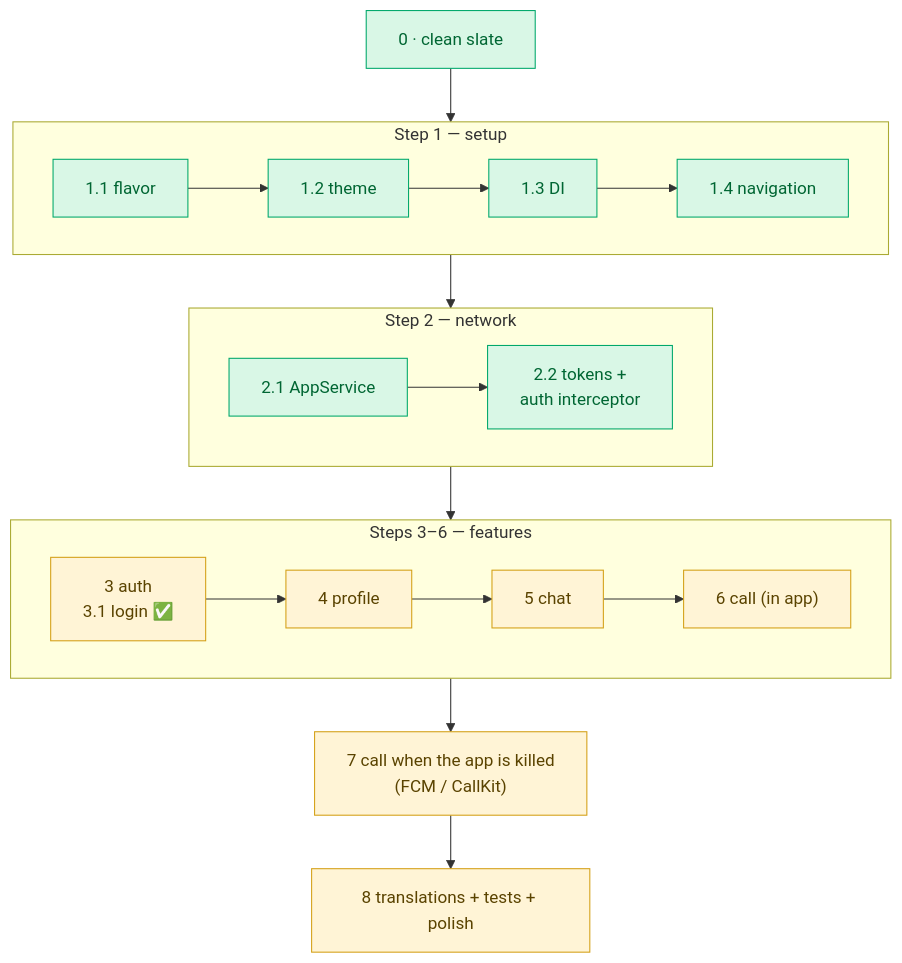
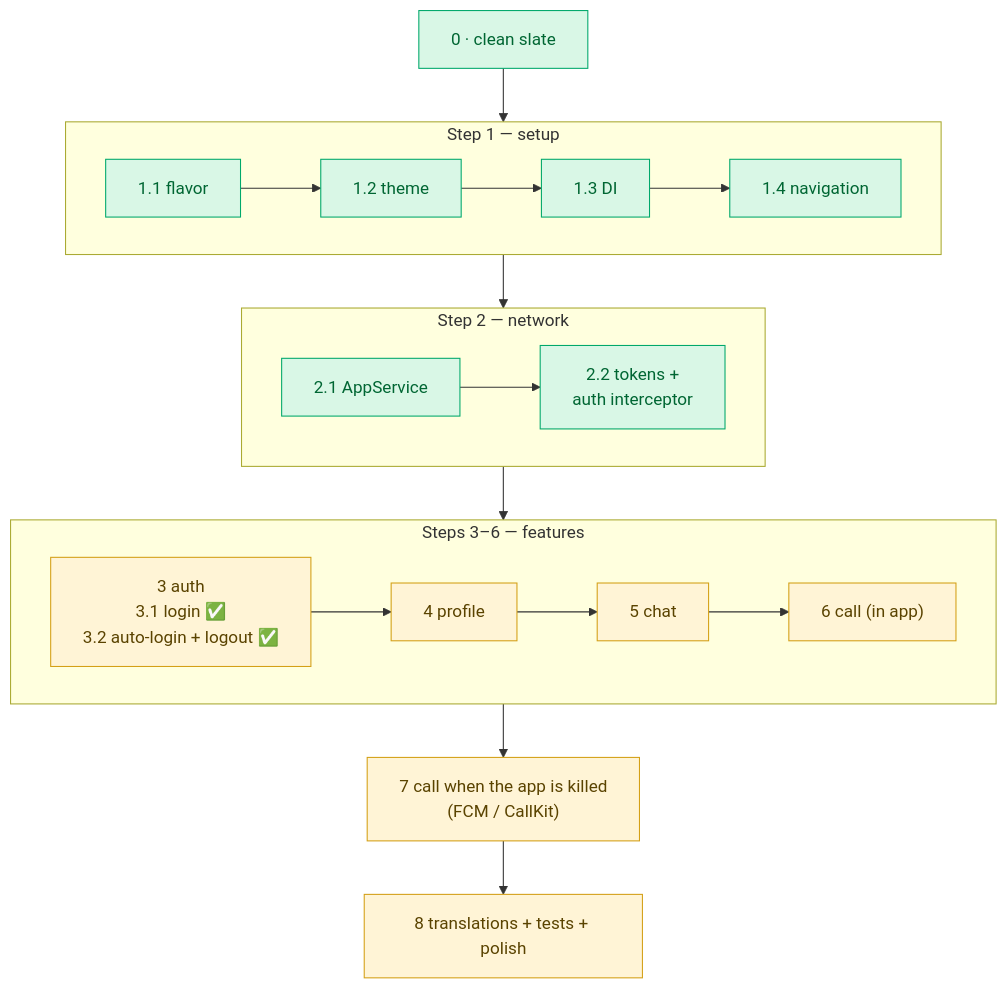
Before and after one commit to krouchvanyda/erp_flutter_claude: the third of 3 diagrams in docs/learning/REBUILD/README.md, drawn with Mermaid. The commit also changed other lines of this file and 15 other files, not shown here.

First line of the commit message:
feat(auth): implement auto-login and logout functionality

````diff
--- a/docs/learning/REBUILD/README.md
+++ b/docs/learning/REBUILD/README.md
@@ -73,26 +73,26 @@
 ```mermaid
 flowchart TD
     S0["0 · clean slate"] --> STEP1
     subgraph STEP1["Step 1 — setup"]
         direction LR
         S11["1.1 flavor"] --> S12["1.2 theme"] --> S13["1.3 DI"] --> S14["1.4 navigation"]
     end
     STEP1 --> STEP2
     subgraph STEP2["Step 2 — network"]
         direction LR
         S21["2.1 AppService"] --> S22["2.2 tokens +<br/>auth interceptor"]
     end
     STEP2 --> FEATS
     subgraph FEATS["Steps 3–6 — features"]
         direction LR
-        S3["3 auth<br/>3.1 login ✅"] --> S4["4 profile"] --> S5["5 chat"] --> S6["6 call (in app)"]
+        S3["3 auth<br/>3.1 login ✅<br/>3.2 auto-login + logout ✅"] --> S4["4 profile"] --> S5["5 chat"] --> S6["6 call (in app)"]
     end
     FEATS --> S7["7 call when the app is killed<br/>(FCM / CallKit)"] --> S8["8 translations + tests + polish"]
     class S0,S11,S12,S13,S14,S21,S22 ok
     class S3,S4,S5,S6,S7,S8 wait
     classDef app fill:#dbe9ff,stroke:#3b6fd8,color:#123
     classDef ok fill:#d9f7e6,stroke:#00a86b,color:#063
     classDef wait fill:#fff4d6,stroke:#d4a017,color:#5a4300
     classDef none fill:#eeeeee,stroke:#999,color:#555
     classDef err fill:#fde2e2,stroke:#d64545,color:#611
 ```
````
